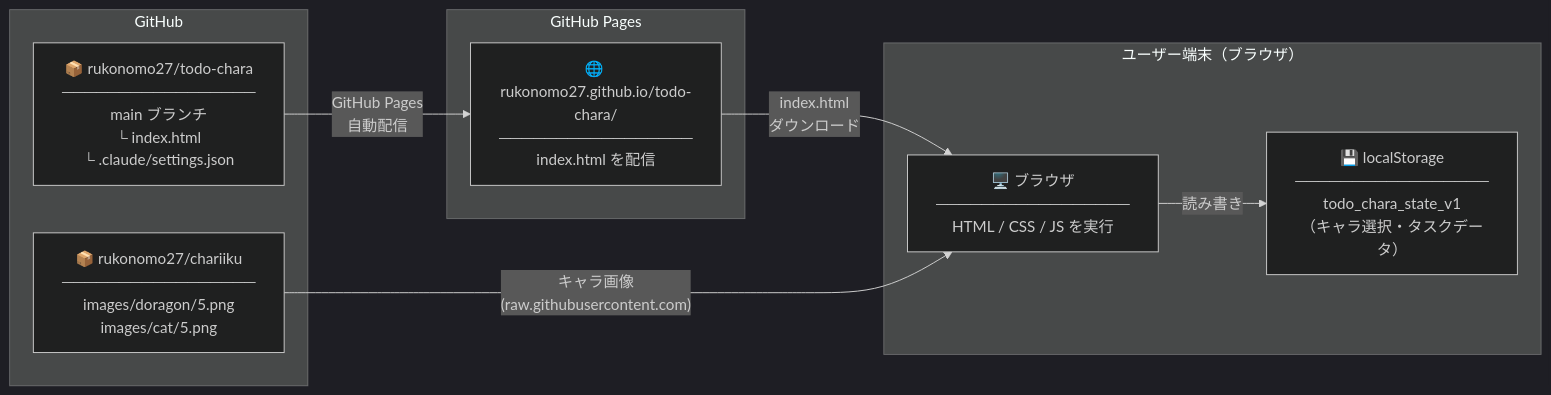
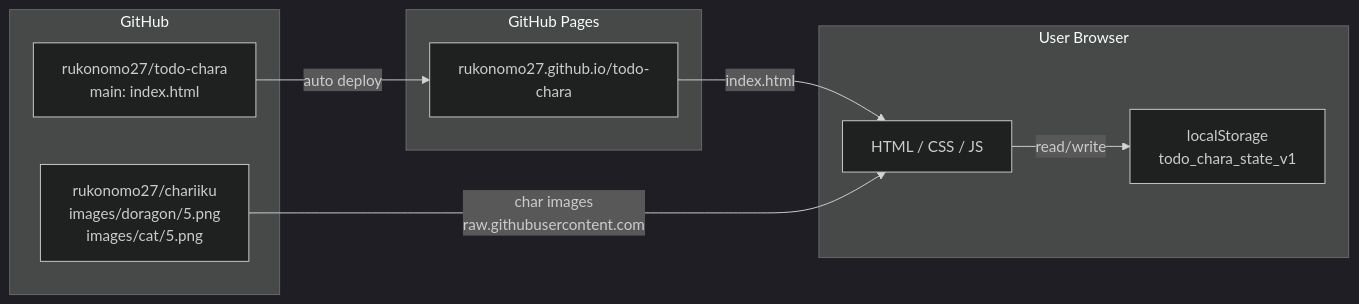
One commit to rukonomo27/todo-chara changed the diagram in system-diagram.md. Above: the diagram before and after it, drawn with Mermaid (dark theme).

Commit message:
システム構成図のMermaid構文エラーを修正
https://claude.ai/code/session_01L7dSzLeSaqHRkCAtLZdBkk

````diff
--- a/system-diagram.md
+++ b/system-diagram.md
@@ -1,21 +1,21 @@
 ```mermaid
 flowchart LR
     subgraph GitHub
-        R1["📦 rukonomo27/todo-chara\n─────────────────\nmain ブランチ\n└ index.html\n└ .claude/settings.json"]
-        R2["📦 rukonomo27/chariiku\n─────────────────\nimages/doragon/5.png\nimages/cat/5.png"]
+        R1["rukonomo27/todo-chara\nmain: index.html"]
+        R2["rukonomo27/chariiku\nimages/doragon/5.png\nimages/cat/5.png"]
     end
 
-    subgraph "GitHub Pages"
-        GP["🌐 rukonomo27.github.io/todo-chara/\n─────────────────\nindex.html を配信"]
+    subgraph GitHubPages["GitHub Pages"]
+        GP["rukonomo27.github.io/todo-chara"]
     end
 
-    subgraph "ユーザー端末（ブラウザ）"
-        BR["🖥️ ブラウザ\n─────────────────\nHTML / CSS / JS を実行"]
-        LS["💾 localStorage\n─────────────────\ntodo_chara_state_v1\n（キャラ選択・タスクデータ）"]
+    subgraph Browser["User Browser"]
+        BR["HTML / CSS / JS"]
+        LS["localStorage\ntodo_chara_state_v1"]
     end
 
-    R1 -- "GitHub Pages\n自動配信" --> GP
-    GP -- "index.html\nダウンロード" --> BR
-    R2 -- "キャラ画像\n(raw.githubusercontent.com)" --> BR
-    BR -- "読み書き" --> LS
+    R1 -- "auto deploy" --> GP
+    GP -- "index.html" --> BR
+    R2 -- "char images\nraw.githubusercontent.com" --> BR
+    BR -- "read/write" --> LS
 ```
````
